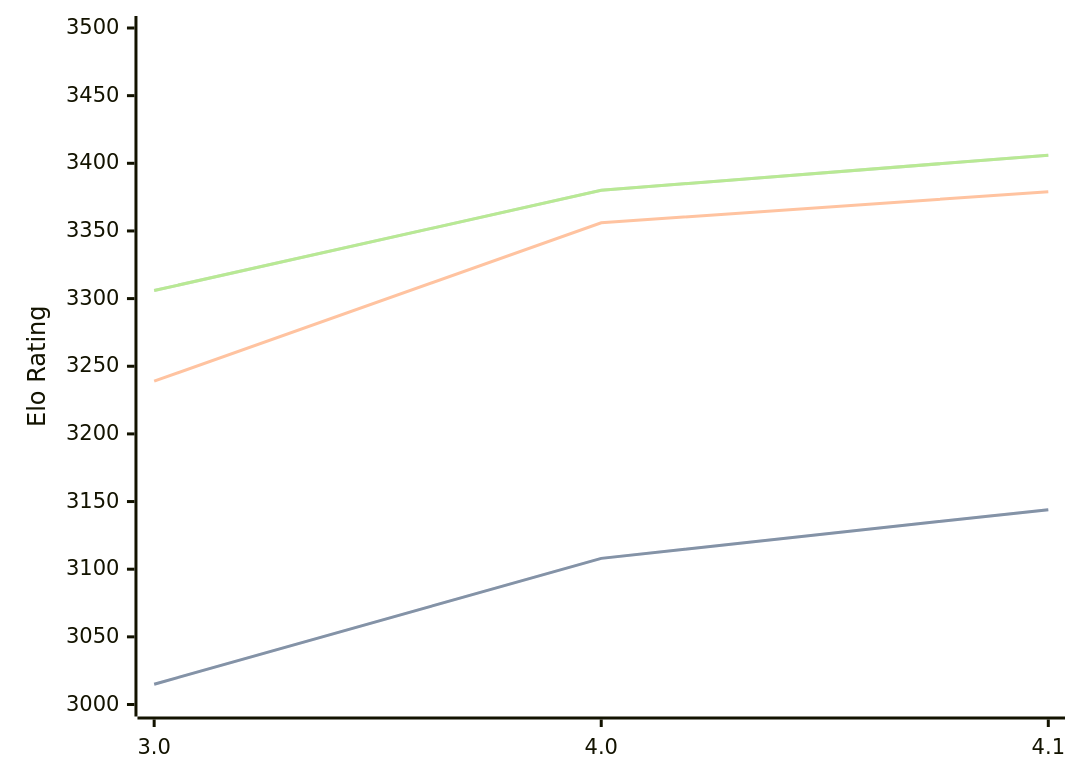
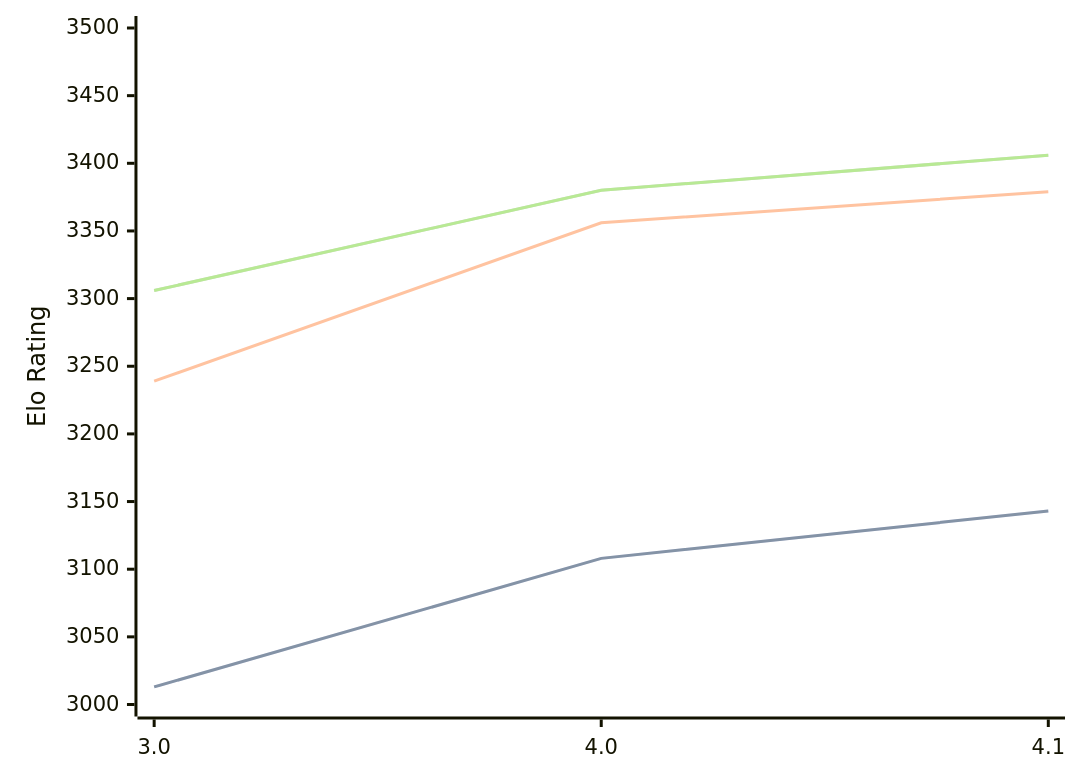
The first of 3 diagrams in engines/Eleanor.md (computer-chess-index/cci), drawn with Mermaid before and after one commit. The commit also changed other lines of this file, not shown here.

````diff
--- a/engines/Eleanor.md
+++ b/engines/Eleanor.md
@@ -35,11 +35,11 @@
 ```mermaid
 %%{init: {"theme":"base","themeVariables":{"seriesColors:['#a3a3a3','#222221','#faa371']}}}%%
 xychart-beta
   x-axis ["3.0", "4.0", "4.1"]
   y-axis "Elo Rating" 3000 --> 3500
-  line "STC (8.0+0.08s)" [3015, 3108, 3144]
-  line "STC (8.0+0.08s)" [3015, 3108, 3144]
+  line "STC (8.0+0.08s)" [3013, 3108, 3143]
+  line "STC (8.0+0.08s)" [3013, 3108, 3143]
   line "LTC (60.0+0.60s)" [3239, 3356, 3379]
   line "VLTC (2m24s+1.12s)" [3306, 3380, 3406]
   line "VLTC (2m24s+1.12s)" [3306, 3380, 3406]
 ```
````
